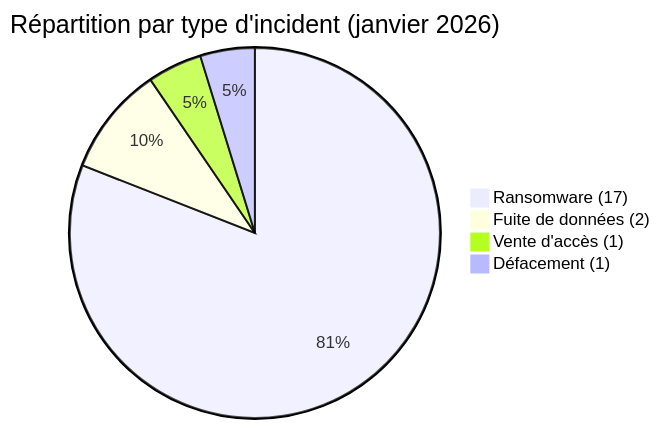
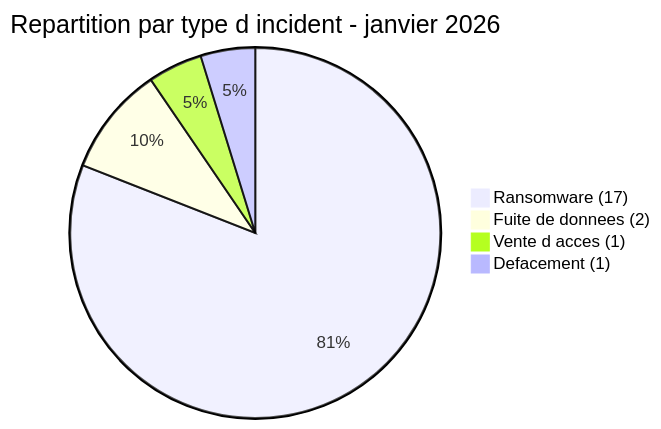
The second of 4 diagrams in CyberAttackAfrica/2026/01-january/README_FR.md (Hatchepsoute/AFRINTEL), drawn with Mermaid before and after one commit. The commit also changed other lines of this file and 31 other files, not shown here.

````diff
--- a/CyberAttackAfrica/2026/01-january/README_FR.md
+++ b/CyberAttackAfrica/2026/01-january/README_FR.md
@@ -96,8 +96,8 @@
 ```mermaid
 pie
- title Répartition par type d'incident (janvier 2026)
+ title Repartition par type d incident - janvier 2026
  "Ransomware (17)" : 17
- "Fuite de données (2)" : 2
- "Vente d'accès (1)" : 1
- "Défacement (1)" : 1
+ "Fuite de donnees (2)" : 2
+ "Vente d acces (1)" : 1
+ "Defacement (1)" : 1
 ```
````
